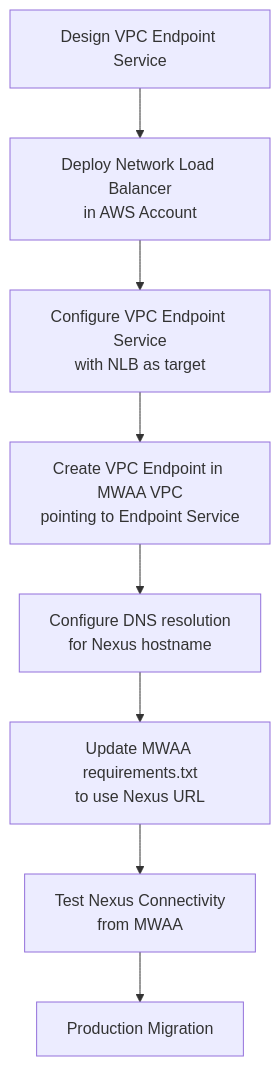
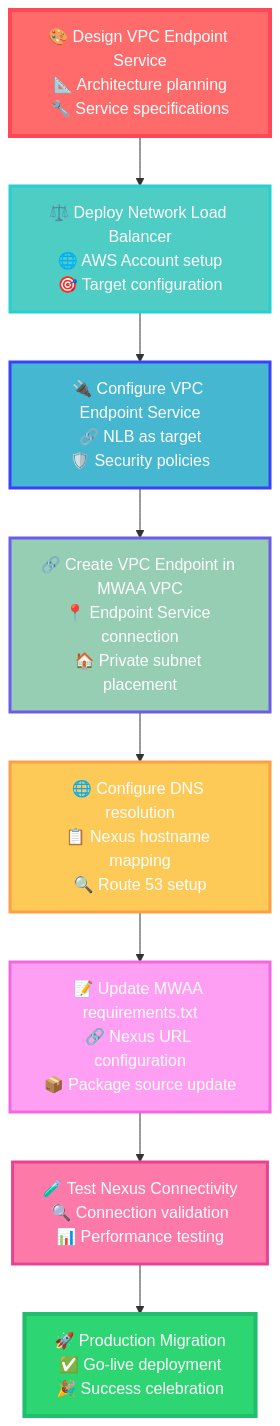
One commit to demoq-demo/mwaa changed the seventh of 12 diagrams in README.md. Above: the diagram before and after it, drawn with Mermaid. The commit also changed other lines of this file, not shown here.

````diff
--- a/README.md
+++ b/README.md
@@ -434,10 +434,20 @@
 ```mermaid
 flowchart TD
-    A[Design VPC Endpoint Service] --> B[Deploy Network Load Balancer<br/>in AWS Account]
-    B --> C[Configure VPC Endpoint Service<br/>with NLB as target]
-    C --> D[Create VPC Endpoint in MWAA VPC<br/>pointing to Endpoint Service]
-    D --> E[Configure DNS resolution<br/>for Nexus hostname]
-    E --> F[Update MWAA requirements.txt<br/>to use Nexus URL]
-    F --> G[Test Nexus Connectivity<br/>from MWAA]
-    G --> H[Production Migration]
+    A[🎨 Design VPC Endpoint Service<br/>📐 Architecture planning<br/>🔧 Service specifications] --> B[⚖️ Deploy Network Load Balancer<br/>🌐 AWS Account setup<br/>🎯 Target configuration]
+    B --> C[🔌 Configure VPC Endpoint Service<br/>🔗 NLB as target<br/>🛡️ Security policies]
+    C --> D[🔗 Create VPC Endpoint in MWAA VPC<br/>📍 Endpoint Service connection<br/>🏠 Private subnet placement]
+    D --> E[🌐 Configure DNS resolution<br/>📋 Nexus hostname mapping<br/>🔍 Route 53 setup]
+    E --> F[📝 Update MWAA requirements.txt<br/>🔗 Nexus URL configuration<br/>📦 Package source update]
+    F --> G[🧪 Test Nexus Connectivity<br/>🔍 Connection validation<br/>📊 Performance testing]
+    G --> H[🚀 Production Migration<br/>✅ Go-live deployment<br/>🎉 Success celebration]
+    
+    %% Vibrant color styling for visual appeal
+    style A fill:#ff6b6b,stroke:#ff4757,stroke-width:4px,color:#fff
+    style B fill:#4ecdc4,stroke:#26d0ce,stroke-width:3px,color:#fff
+    style C fill:#45b7d1,stroke:#3742fa,stroke-width:3px,color:#fff
+    style D fill:#96ceb4,stroke:#6c5ce7,stroke-width:3px,color:#fff
+    style E fill:#feca57,stroke:#ff9f43,stroke-width:3px,color:#fff
+    style F fill:#ff9ff3,stroke:#f368e0,stroke-width:3px,color:#fff
+    style G fill:#fd79a8,stroke:#e84393,stroke-width:3px,color:#fff
+    style H fill:#2ed573,stroke:#20bf6b,stroke-width:4px,color:#fff
 ```
````
